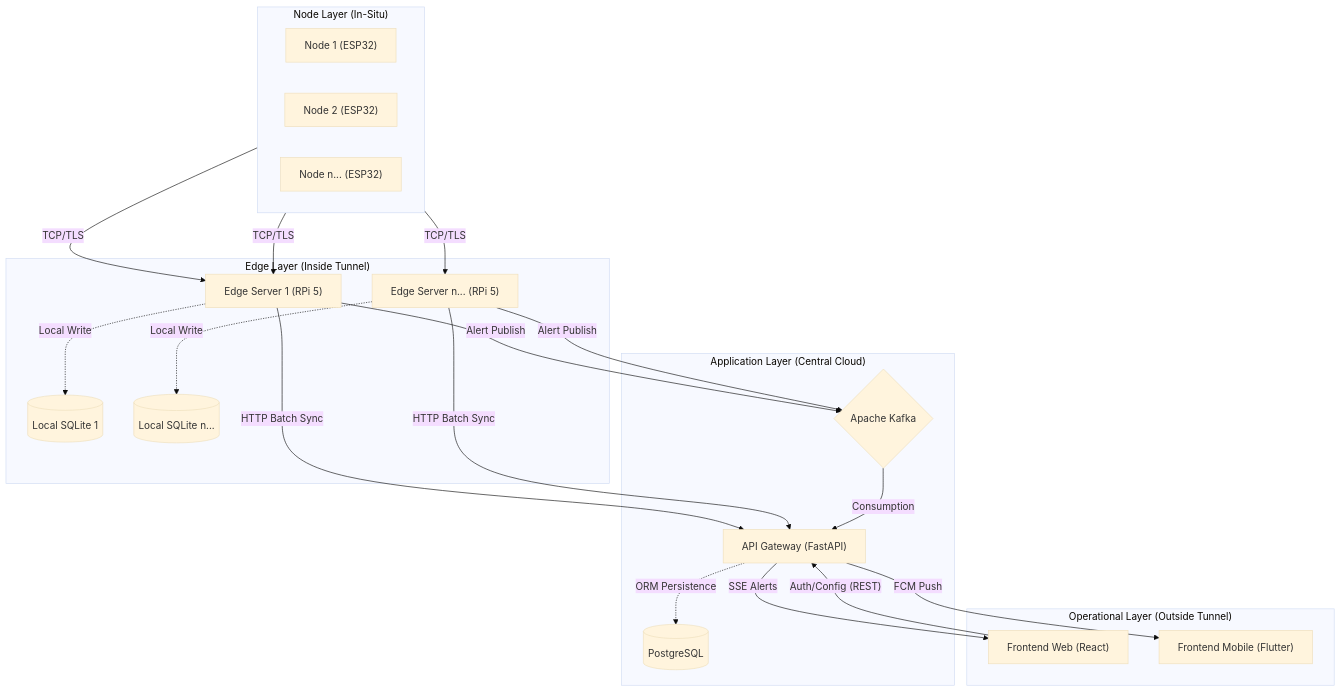
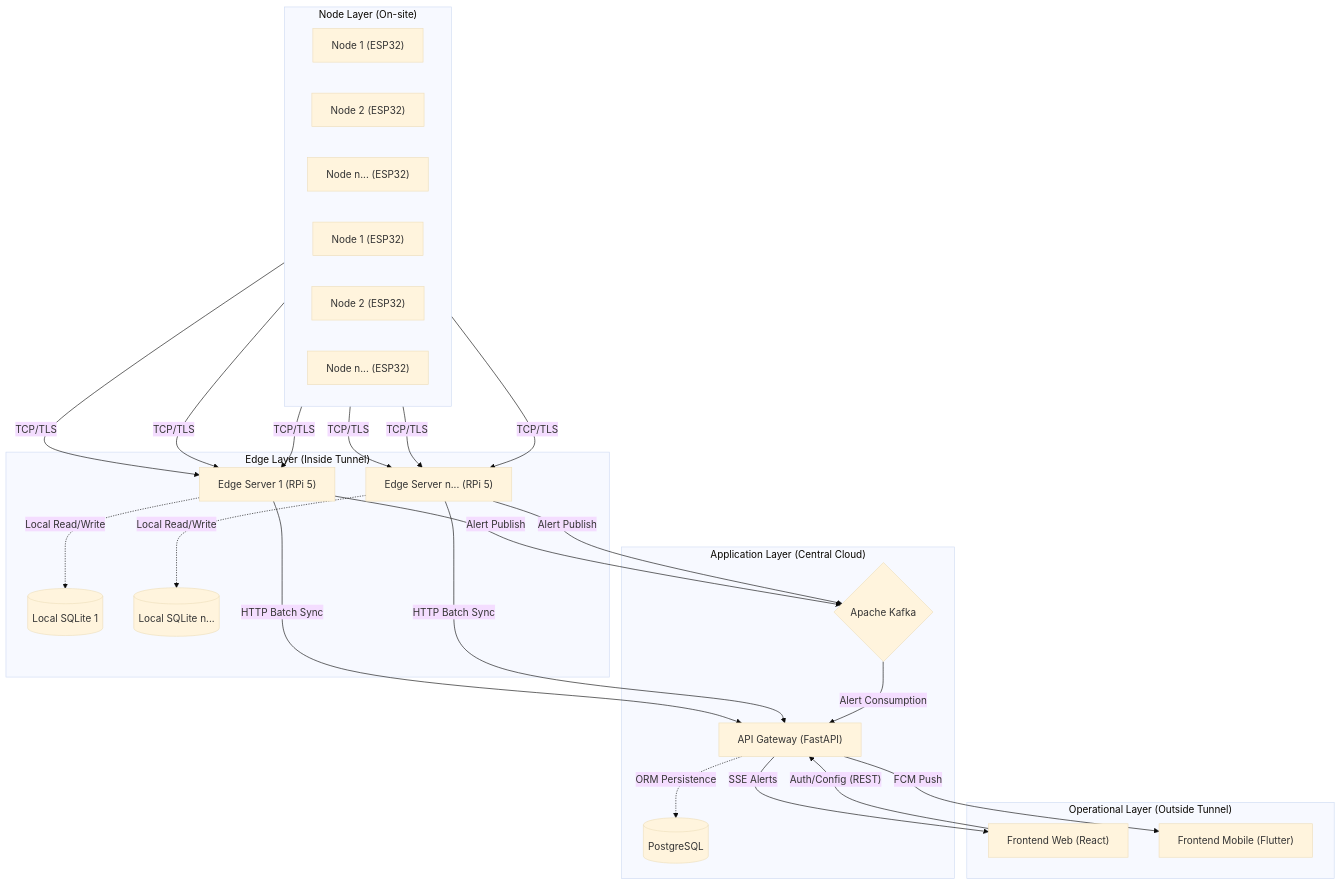
Before and after one commit to sam-harold/deepatmos-info: the first of 5 diagrams in README.md, drawn with Mermaid (base theme). The commit also changed other lines of this file, not shown here.

````diff
--- a/README.md
+++ b/README.md
@@ -30,51 +30,57 @@
 ```mermaid
 graph TD
     subgraph "Operational Layer (Outside Tunnel)"
         Web["Frontend Web (React)"]
         Mobile["Frontend Mobile (Flutter)"]
     end
 
     subgraph "Application Layer (Central Cloud)"
         FastAPI["API Gateway (FastAPI)"]
         DB[(PostgreSQL)]
         Kafka{Apache Kafka}
     end
 
     subgraph "Edge Layer (Inside Tunnel)"
         RPi1["Edge Server 1 (RPi 5)"]
         RPi2["Edge Server n... (RPi 5)"]
         SQLite1[(Local SQLite 1)]
         SQLite2[(Local SQLite n...)]
     end
 
-    subgraph "Node Layer (In-Situ)"
+    subgraph "Node Layer (On-site)"
         direction LR
         ESP1["Node 1 (ESP32)"]
         ESP2["Node 2 (ESP32)"]
         ESP3["Node n... (ESP32)"]
+        ESP4["Node 1 (ESP32)"]
+        ESP5["Node 2 (ESP32)"]
+        ESP6["Node n... (ESP32)"]
     end
 
     %% Communication Flows
     ESP1 -- "TCP/TLS" --> RPi1
     ESP2 -- "TCP/TLS" --> RPi1
-    ESP3 -- "TCP/TLS" --> RPi2
+    ESP3 -- "TCP/TLS" --> RPi1
+    ESP4 -- "TCP/TLS" --> RPi2
+    ESP5 -- "TCP/TLS" --> RPi2
+    ESP6 -- "TCP/TLS" --> RPi2
 
     %% Local Buffering
-    RPi1 -. "Local Write" .-> SQLite1
-    RPi2 -. "Local Write" .-> SQLite2
+    RPi1 -. "Local Read/Write" .-> SQLite1
+    RPi2 -. "Local Read/Write" .-> SQLite2
 
     RPi1 -- "HTTP Batch Sync" --> FastAPI
     RPi2 -- "HTTP Batch Sync" --> FastAPI
 
     RPi1 -- "Alert Publish" --> Kafka
     RPi2 -- "Alert Publish" --> Kafka
 
     %% Application Layer Persistence
-    Kafka -- "Consumption" --> FastAPI
+    Kafka -- "Alert Consumption" --> FastAPI
     FastAPI -. "ORM Persistence" .-> DB
 
     %% User Facing
     FastAPI -- "SSE Alerts" --> Web
     FastAPI -- "FCM Push" --> Mobile
     Web -- "Auth/Config (REST)" --> FastAPI
 ```
````
